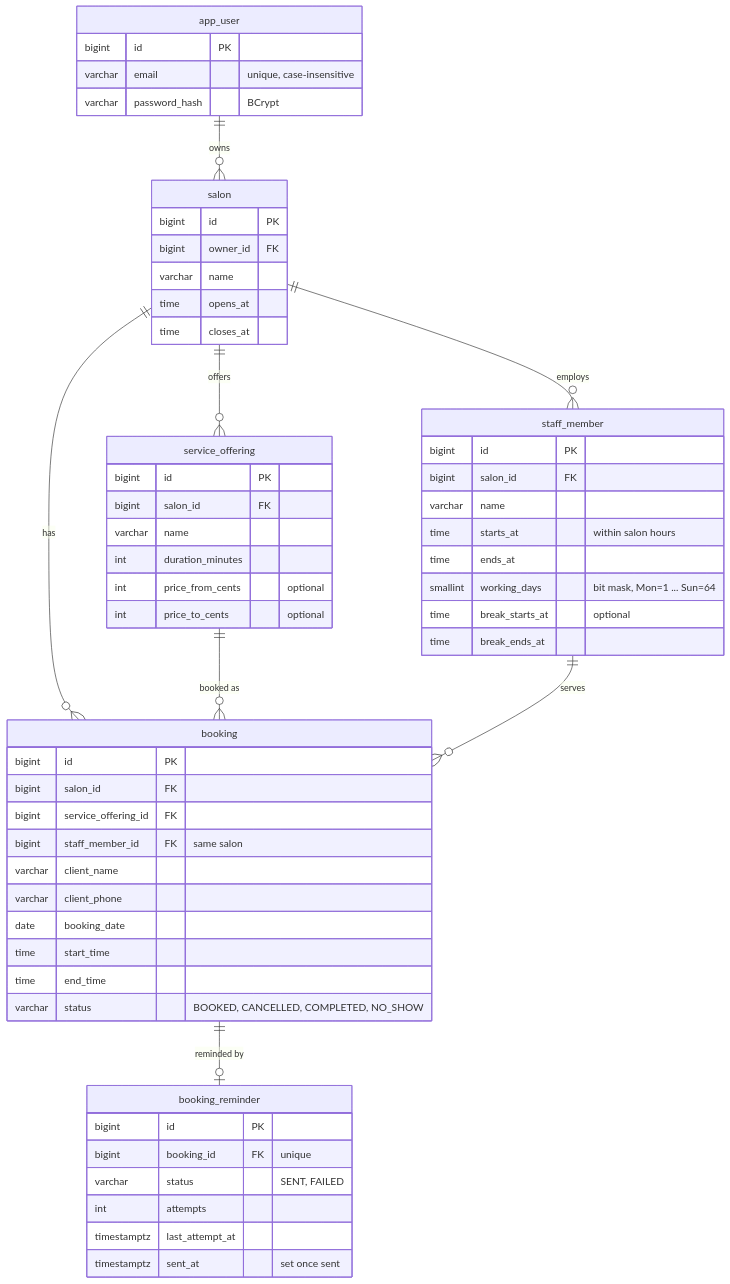
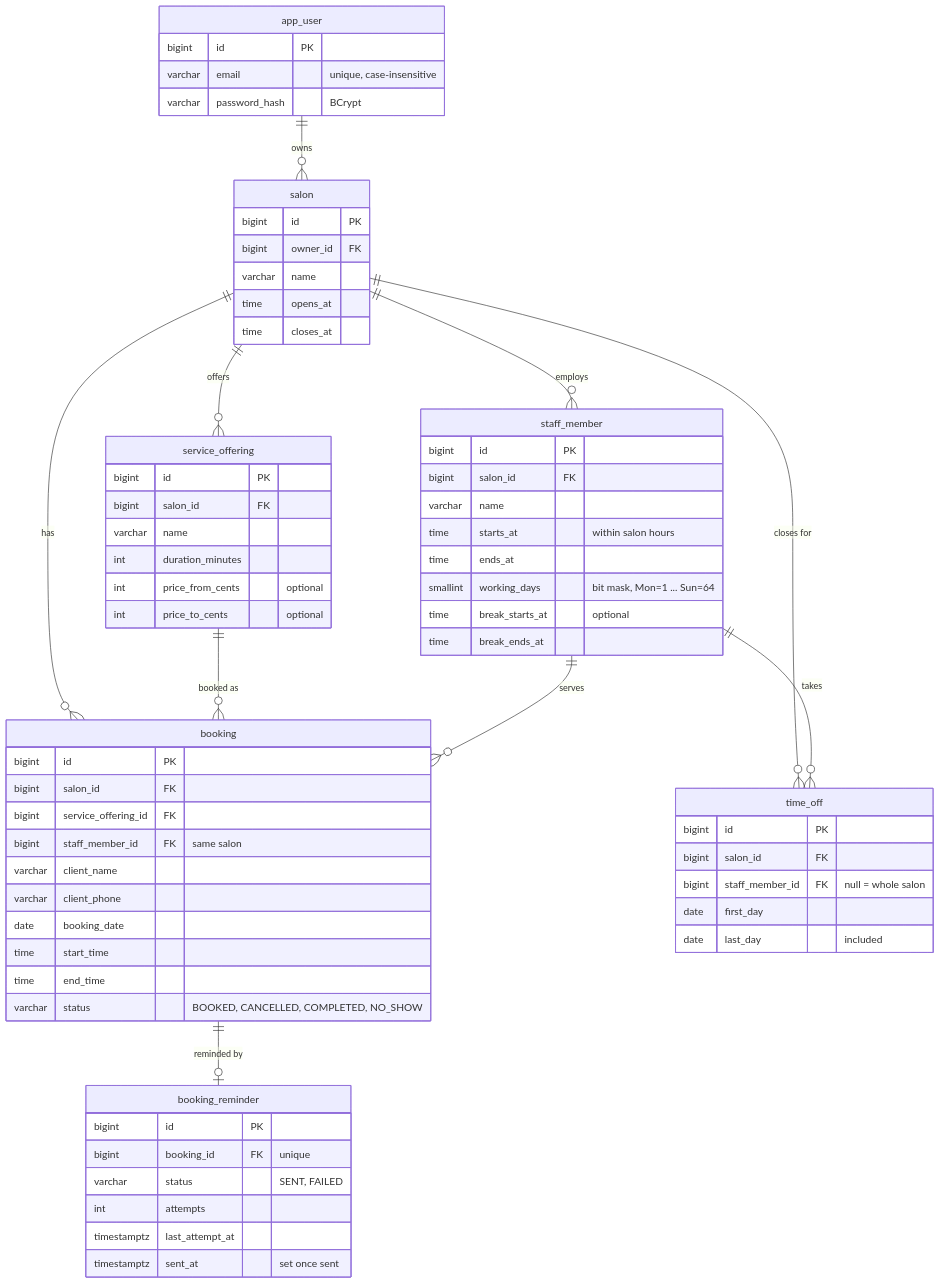
Before and after one commit to afunemma/salon-booking-api: the fourth of 4 diagrams in README.md, drawn with Mermaid. The commit also changed other lines of this file and 16 other files, not shown here.

Commit message:
Add dated time off for staff leave and salon closures (#15)

````diff
--- a/README.md
+++ b/README.md
@@ -125,61 +125,70 @@
 ```mermaid
 erDiagram
     app_user ||--o{ salon : owns
     salon ||--o{ service_offering : offers
     salon ||--o{ staff_member : employs
     salon ||--o{ booking : has
     service_offering ||--o{ booking : "booked as"
     staff_member ||--o{ booking : serves
+    salon ||--o{ time_off : "closes for"
+    staff_member ||--o{ time_off : takes
     booking ||--o| booking_reminder : "reminded by"
 
     app_user {
         bigint id PK
         varchar email "unique, case-insensitive"
         varchar password_hash "BCrypt"
     }
     salon {
         bigint id PK
         bigint owner_id FK
         varchar name
         time opens_at
         time closes_at
     }
     service_offering {
         bigint id PK
         bigint salon_id FK
         varchar name
         int duration_minutes
         int price_from_cents "optional"
         int price_to_cents "optional"
     }
     staff_member {
         bigint id PK
         bigint salon_id FK
         varchar name
         time starts_at "within salon hours"
         time ends_at
         smallint working_days "bit mask, Mon=1 ... Sun=64"
         time break_starts_at "optional"
         time break_ends_at
     }
     booking {
         bigint id PK
         bigint salon_id FK
         bigint service_offering_id FK
         bigint staff_member_id FK "same salon"
         varchar client_name
         varchar client_phone
         date booking_date
         time start_time
         time end_time
         varchar status "BOOKED, CANCELLED, COMPLETED, NO_SHOW"
     }
+    time_off {
+        bigint id PK
+        bigint salon_id FK
+        bigint staff_member_id FK "null = whole salon"
+        date first_day
+        date last_day "included"
+    }
     booking_reminder {
         bigint id PK
         bigint booking_id FK "unique"
         varchar status "SENT, FAILED"
         int attempts
         timestamptz last_attempt_at
         timestamptz sent_at "set once sent"
     }
 ```
````
